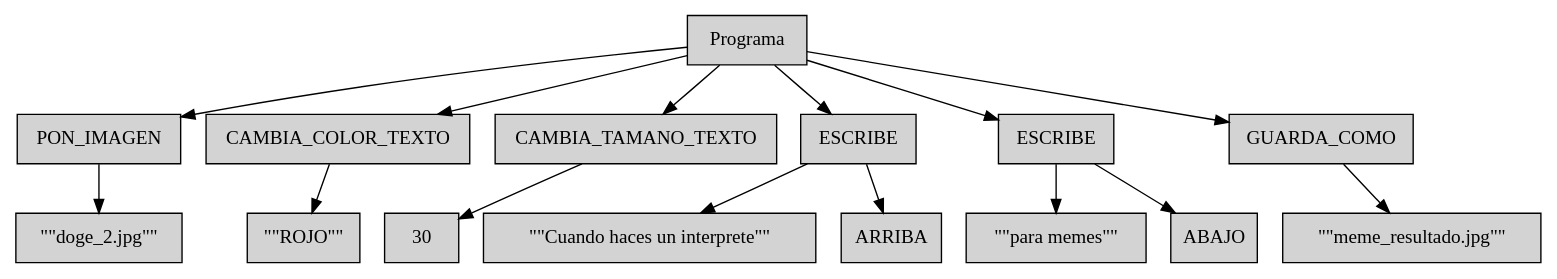
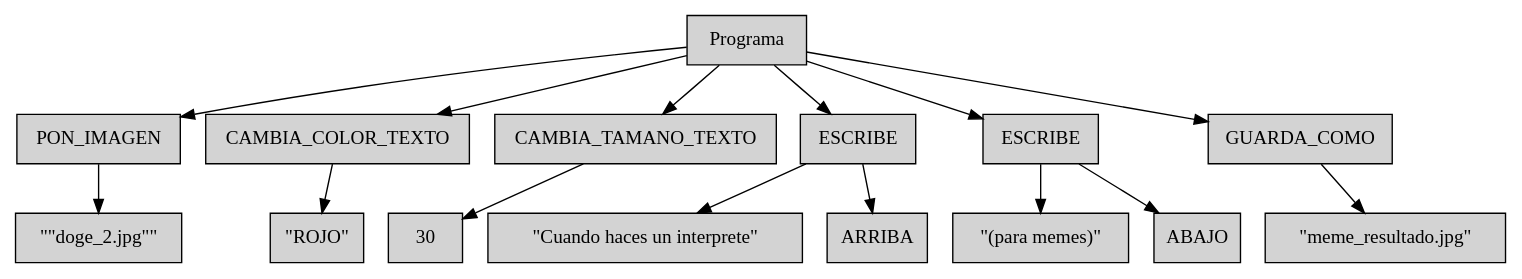
Before and after one commit to Chefsito21/meme_interprete: the diagram in build/ast.dot, drawn with Graphviz. The commit also changed 14 other files, not shown here.

```diff
--- a/build/ast.dot
+++ b/build/ast.dot
@@ -1,33 +1,33 @@
 digraph AST {
     node [shape=box, style=filled, fillcolor=lightgray];
     rankdir=TB;
     node0 [label="Programa"];
     node1 [label="PON_IMAGEN"];
     node2 [label="\"\"doge_2.jpg\"\""];
     node1 -> node2;
     node0 -> node1;
     node3 [label="CAMBIA_COLOR_TEXTO"];
-    node4 [label="\"\"ROJO\"\""];
+    node4 [label="\"ROJO\""];
     node3 -> node4;
     node0 -> node3;
     node5 [label="CAMBIA_TAMANO_TEXTO"];
     node6 [label="30"];
     node5 -> node6;
     node0 -> node5;
     node7 [label="ESCRIBE"];
-    node8 [label="\"\"Cuando haces un interprete\"\""];
+    node8 [label="\"Cuando haces un interprete\""];
     node9 [label="ARRIBA"];
     node7 -> node8;
     node7 -> node9;
     node0 -> node7;
     node10 [label="ESCRIBE"];
-    node11 [label="\"\"para memes\"\""];
+    node11 [label="\"(para memes)\""];
     node12 [label="ABAJO"];
     node10 -> node11;
     node10 -> node12;
     node0 -> node10;
     node13 [label="GUARDA_COMO"];
-    node14 [label="\"\"meme_resultado.jpg\"\""];
+    node14 [label="\"meme_resultado.jpg\""];
     node13 -> node14;
     node0 -> node13;
 }
```
